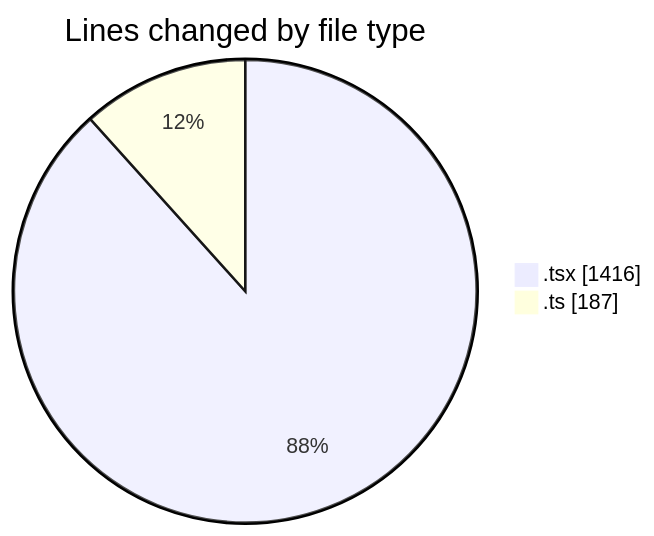
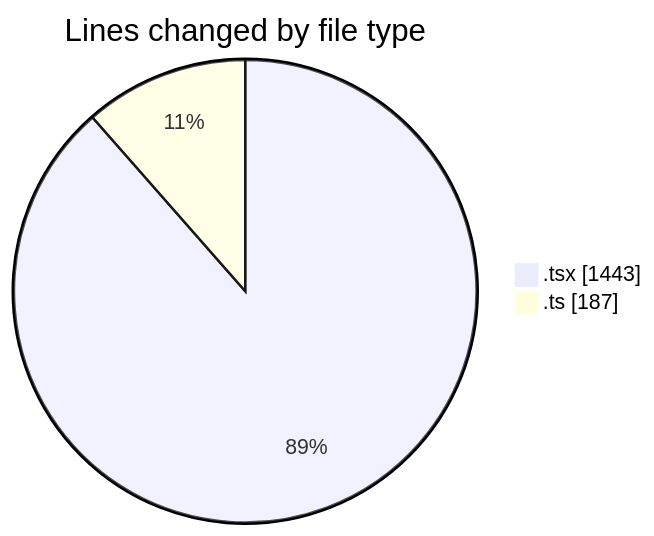
Before and after one commit to robertbonfada/code-tracking: the first of 2 diagrams in 2025-02-03/mbc-web/README.md, drawn with Mermaid. The commit also changed other lines of this file and 1 other file, not shown here.

````diff
--- a/2025-02-03/mbc-web/README.md
+++ b/2025-02-03/mbc-web/README.md
@@ -25,6 +25,6 @@
 ```mermaid
 pie showData
 title Lines changed by file type
-".tsx" : 1416
+".tsx" : 1443
 ".ts" : 187
 ```
````
